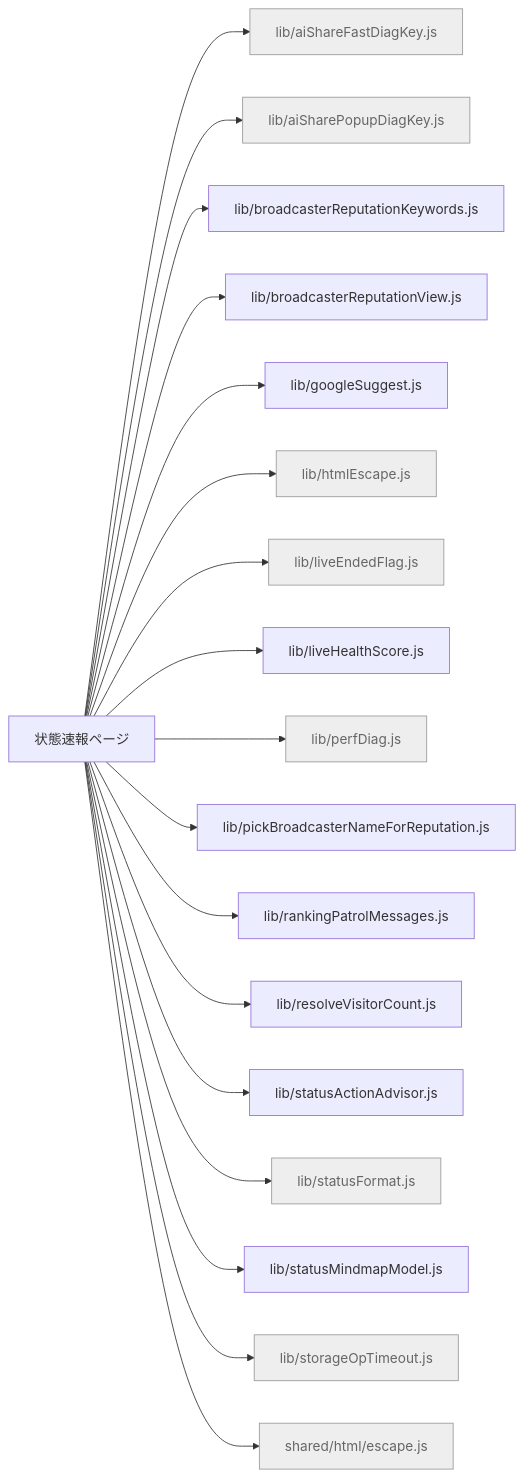
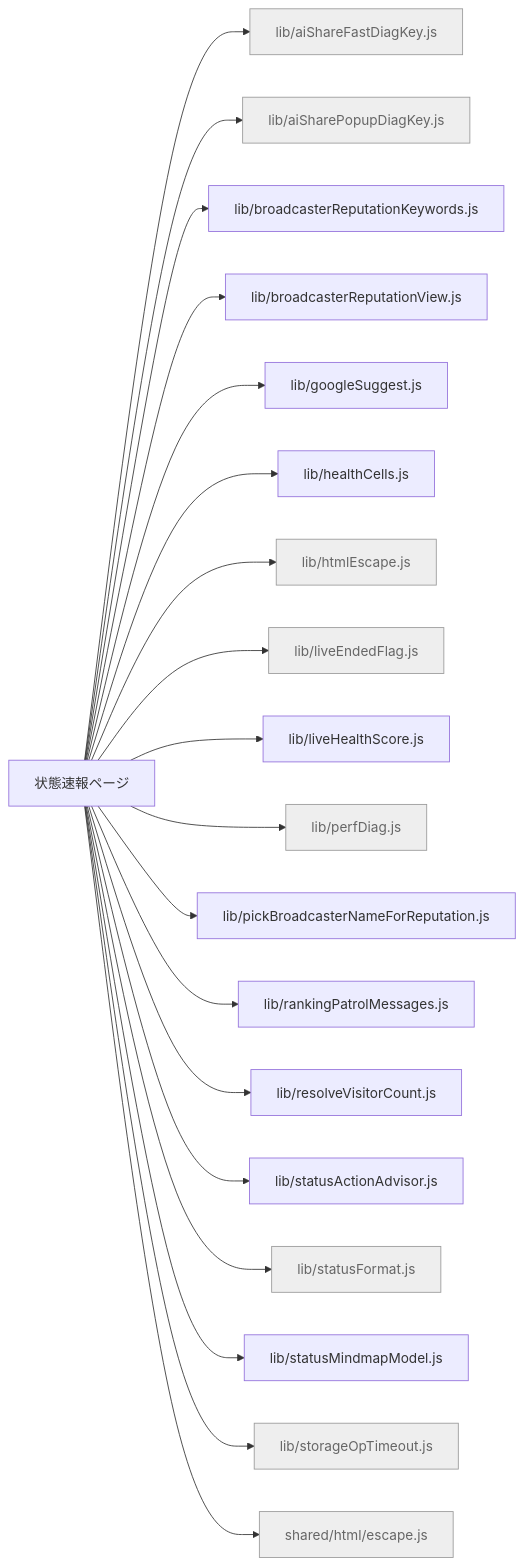
The diagram in docs/feature-map/status.md (kimito-link/tsuioku-no-kirameki.com), drawn with Mermaid before and after one commit. The commit also changed 13 other files, not shown here.

````diff
--- a/docs/feature-map/status.md
+++ b/docs/feature-map/status.md
@@ -13,22 +13,23 @@
 ```mermaid
 graph LR
   n_status["状態速報ページ"]
   n_status --> n_src_lib_aiShareFastDiagKey_js["lib/aiShareFastDiagKey.js"]:::shared
   n_status --> n_src_lib_aiSharePopupDiagKey_js["lib/aiSharePopupDiagKey.js"]:::shared
   n_status --> n_src_lib_broadcasterReputationKeywords_js["lib/broadcasterReputationKeywords.js"]
   n_status --> n_src_lib_broadcasterReputationView_js["lib/broadcasterReputationView.js"]
   n_status --> n_src_lib_googleSuggest_js["lib/googleSuggest.js"]
+  n_status --> n_src_lib_healthCells_js["lib/healthCells.js"]
   n_status --> n_src_lib_htmlEscape_js["lib/htmlEscape.js"]:::shared
   n_status --> n_src_lib_liveEndedFlag_js["lib/liveEndedFlag.js"]:::shared
   n_status --> n_src_lib_liveHealthScore_js["lib/liveHealthScore.js"]
   n_status --> n_src_lib_perfDiag_js["lib/perfDiag.js"]:::shared
   n_status --> n_src_lib_pickBroadcasterNameForReputation_js["lib/pickBroadcasterNameForReputation.js"]
   n_status --> n_src_lib_rankingPatrolMessages_js["lib/rankingPatrolMessages.js"]
   n_status --> n_src_lib_resolveVisitorCount_js["lib/resolveVisitorCount.js"]
   n_status --> n_src_lib_statusActionAdvisor_js["lib/statusActionAdvisor.js"]
   n_status --> n_src_lib_statusFormat_js["lib/statusFormat.js"]:::shared
   n_status --> n_src_lib_statusMindmapModel_js["lib/statusMindmapModel.js"]
   n_status --> n_src_lib_storageOpTimeout_js["lib/storageOpTimeout.js"]:::shared
   n_status --> n_src_shared_html_escape_js["shared/html/escape.js"]:::shared
   classDef shared fill:#eee,stroke:#999,color:#666;
 ```
````
